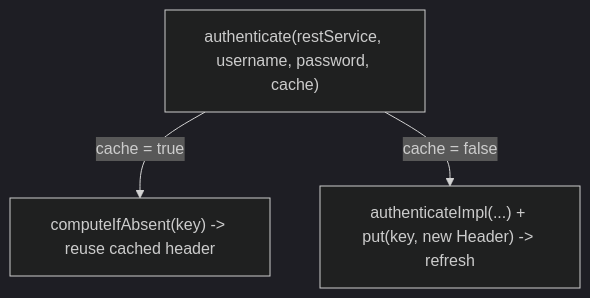
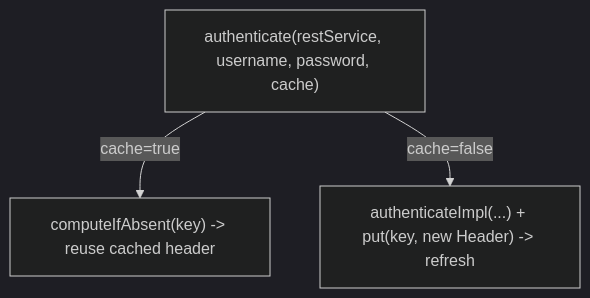
The fourth of 4 diagrams in api-interactor/README.md (CyborgCodeSyndicate/roa-libraries), drawn with Mermaid (dark theme) before and after one commit. The commit also changed other lines of this file and 253 other files, not shown here.

````diff
--- a/api-interactor/README.md
+++ b/api-interactor/README.md
@@ -346,8 +155,9 @@
 ```mermaid
 flowchart TB
     X["authenticate(restService, username, password, cache)"]
     A["computeIfAbsent(key) -> reuse cached header"]
     B["authenticateImpl(...) + put(key, new Header) -> refresh"]
-    X -->|cache = true| A
-    X -->|cache = false| B
+
+    X -->|cache=true| A
+    X -->|cache=false| B
 ```
````
